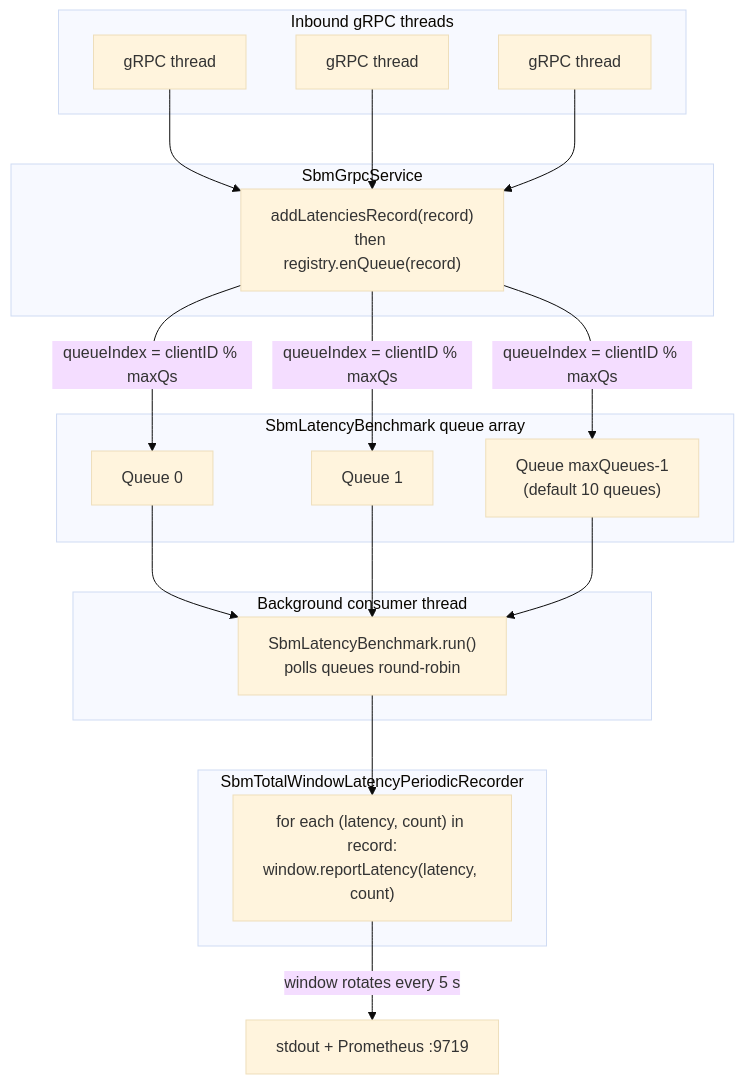
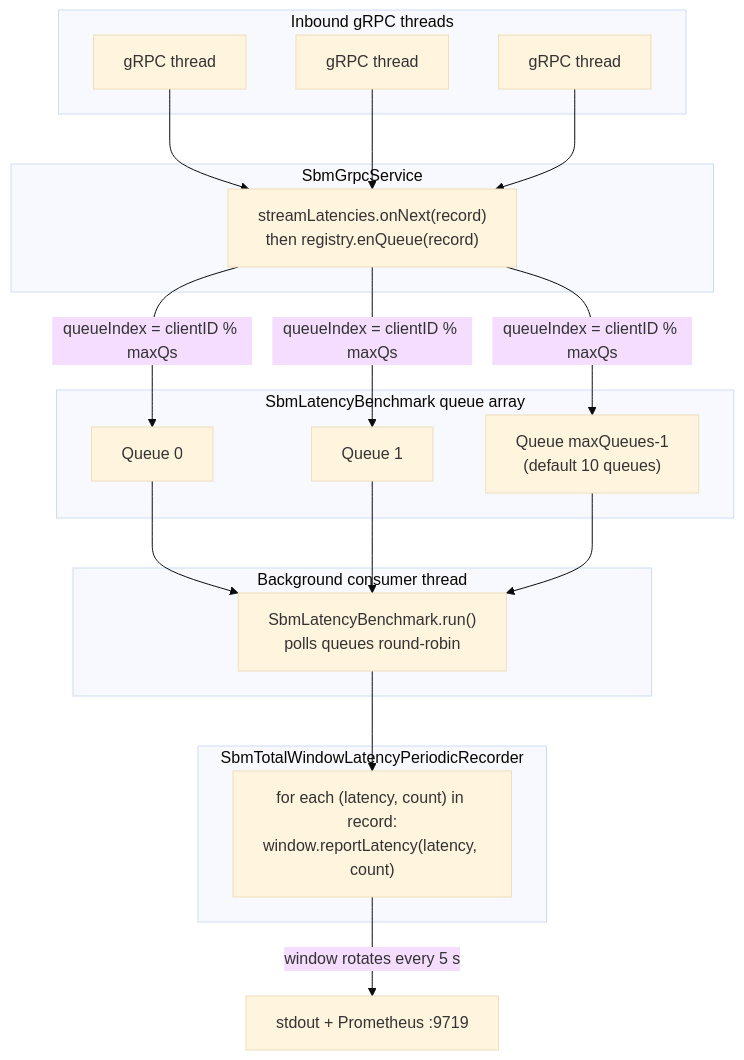
Before and after one commit to kmgowda/SBK: diagram 24 of 43 in docs/sbk-internals.md, drawn with Mermaid (base theme). The commit also changed other lines of this file and 11 other files, not shown here.

````diff
--- a/docs/sbk-internals.md
+++ b/docs/sbk-internals.md
@@ -1710,40 +1708,40 @@
 ```mermaid
 flowchart TB
     subgraph IN["Inbound gRPC threads"]
         T1["gRPC thread"]
         T2["gRPC thread"]
         T3["gRPC thread"]
     end
 
     subgraph SRV["SbmGrpcService"]
-        ENQ["addLatenciesRecord(record)<br/>then registry.enQueue(record)"]
+        ENQ["streamLatencies.onNext(record)<br/>then registry.enQueue(record)"]
     end
 
     subgraph QUEUES["SbmLatencyBenchmark queue array"]
         SQ1["Queue 0"]
         SQ2["Queue 1"]
         SQN["Queue maxQueues-1<br/>(default 10 queues)"]
     end
 
     subgraph BG["Background consumer thread"]
         LOOP["SbmLatencyBenchmark.run()<br/>polls queues round-robin"]
     end
 
     subgraph REC["SbmTotalWindowLatencyPeriodicRecorder"]
         MERGE["for each (latency, count) in record:<br/>window.reportLatency(latency, count)"]
     end
 
     T1 --> ENQ
     T2 --> ENQ
     T3 --> ENQ
     ENQ -->|"queueIndex = clientID % maxQs"| SQ1
     ENQ -->|"queueIndex = clientID % maxQs"| SQ2
     ENQ -->|"queueIndex = clientID % maxQs"| SQN
 
     SQ1 --> LOOP
     SQ2 --> LOOP
     SQN --> LOOP
 
     LOOP --> MERGE
     MERGE -->|"window rotates every 5 s"| OUT["stdout + Prometheus :9719"]
 ```
````
